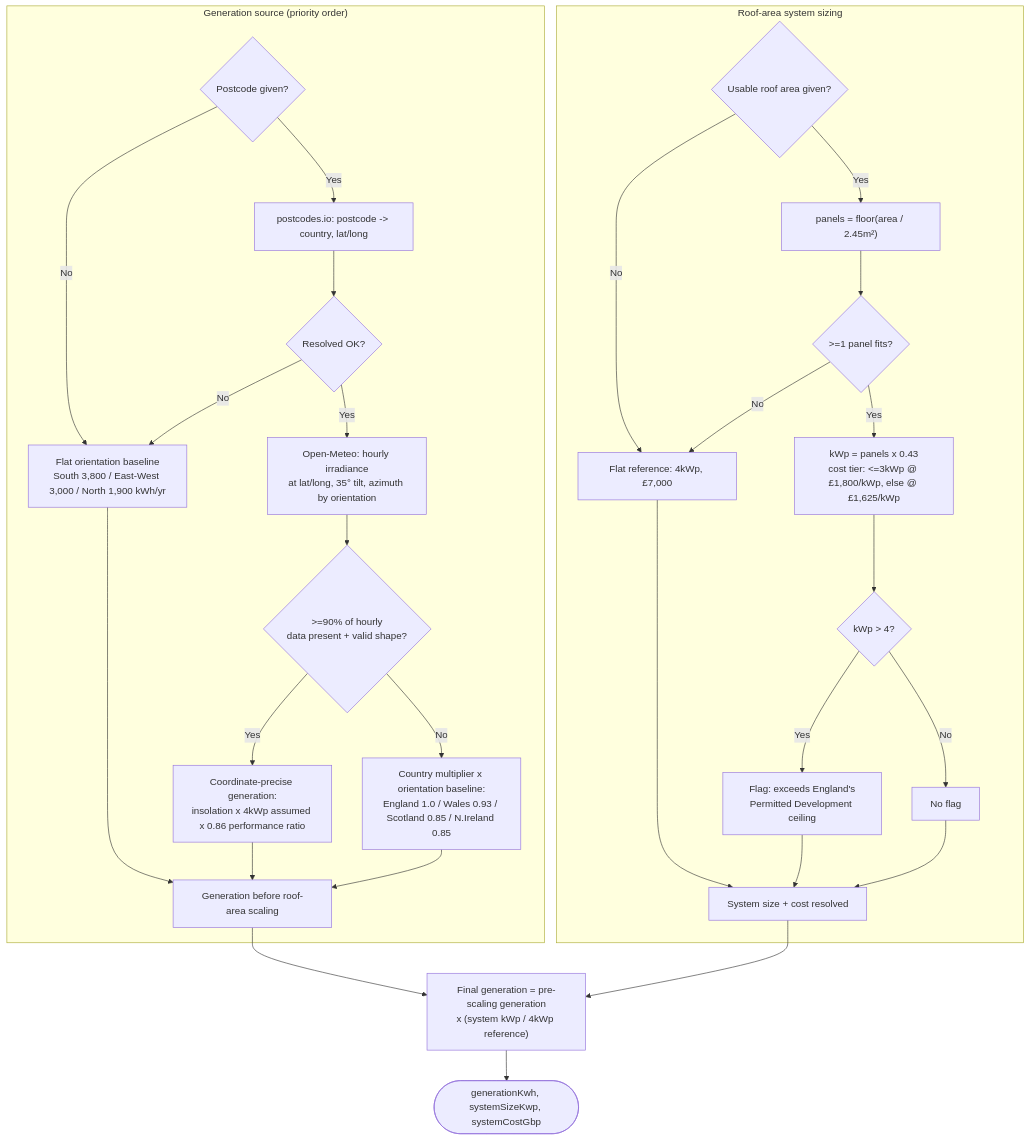
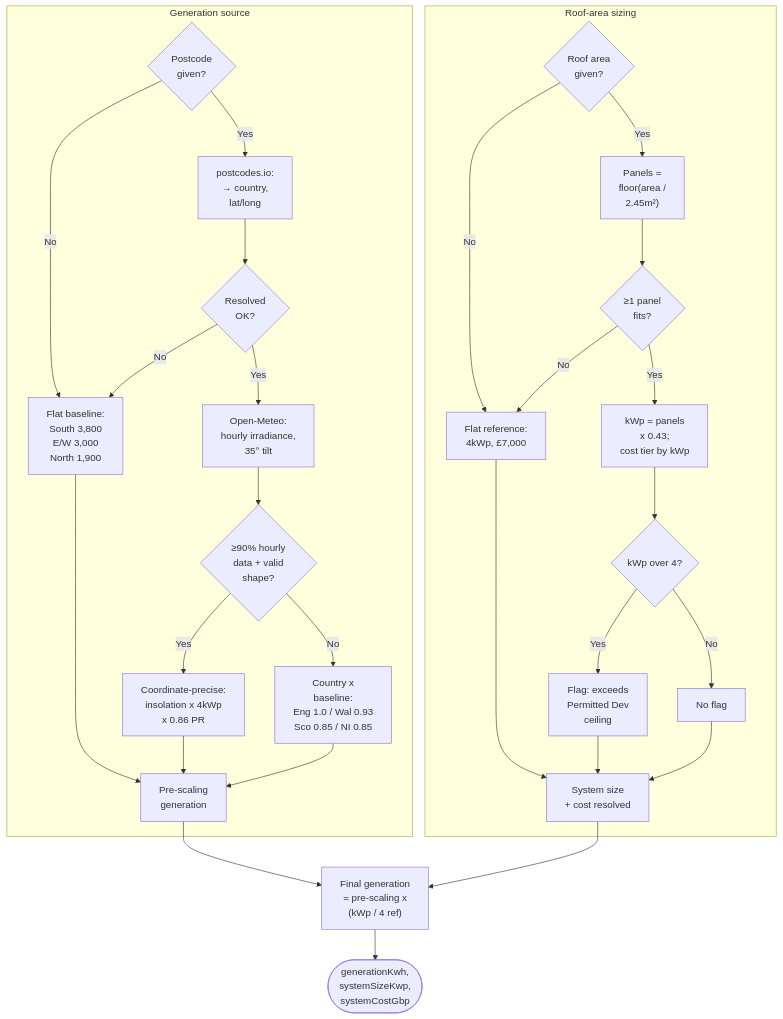
Before and after one commit to spallavi-stack/shubha-pm-portfolio: the fourth of 7 diagrams in projects/sunnysideup/docs/calculation-logic.md, drawn with Mermaid. The commit also changed other lines of this file, not shown here.

First line of the commit message:
Fix clipped mermaid diagram labels in calculation-logic.md

````diff
--- a/projects/sunnysideup/docs/calculation-logic.md
+++ b/projects/sunnysideup/docs/calculation-logic.md
@@ -135,34 +149,56 @@
 ```mermaid
 flowchart TD
-  subgraph GEN["Generation source (priority order)"]
-    G0{"Postcode given?"} -->|No| G1["Flat orientation baseline<br/>South 3,800 / East-West 3,000 / North 1,900 kWh/yr"]
-    G0 -->|Yes| G2["postcodes.io: postcode -> country, lat/long"]
-    G2 --> G3{"Resolved OK?"}
+  subgraph GEN["Generation source"]
+    G0{"Postcode<br/>given?"}
+    G1["Flat baseline:<br/>South 3,800<br/>E/W 3,000<br/>North 1,900"]
+    G2["postcodes.io:<br/>→ country,<br/>lat/long"]
+    G3{"Resolved<br/>OK?"}
+    G4["Open-Meteo:<br/>hourly irradiance,<br/>35° tilt"]
+    G5{"≥90% hourly<br/>data + valid<br/>shape?"}
+    G6["Coordinate-precise:<br/>insolation x 4kWp<br/>x 0.86 PR"]
+    G7["Country x<br/>baseline:<br/>Eng 1.0 / Wal 0.93<br/>Sco 0.85 / NI 0.85"]
+    G8["Pre-scaling<br/>generation"]
+
+    G0 -->|No| G1
+    G0 -->|Yes| G2
+    G2 --> G3
     G3 -->|No| G1
-    G3 -->|Yes| G4["Open-Meteo: hourly irradiance<br/>at lat/long, 35° tilt, azimuth by orientation"]
-    G4 --> G5{">=90% of hourly<br/>data present + valid shape?"}
-    G5 -->|Yes| G6["Coordinate-precise generation:<br/>insolation x 4kWp assumed x 0.86 performance ratio"]
-    G5 -->|No| G7["Country multiplier x orientation baseline:<br/>England 1.0 / Wales 0.93 / Scotland 0.85 / N.Ireland 0.85"]
-    G1 --> G8["Generation before roof-area scaling"]
+    G3 -->|Yes| G4
+    G4 --> G5
+    G5 -->|Yes| G6
+    G5 -->|No| G7
+    G1 --> G8
     G6 --> G8
     G7 --> G8
   end
 
-  subgraph ROOF["Roof-area system sizing"]
-    RA0{"Usable roof area given?"} -->|No| RA1["Flat reference: 4kWp, £7,000"]
-    RA0 -->|Yes| RA2["panels = floor(area / 2.45m²)"]
-    RA2 --> RA3{">=1 panel fits?"}
+  subgraph ROOF["Roof-area sizing"]
+    RA0{"Roof area<br/>given?"}
+    RA1["Flat reference:<br/>4kWp, £7,000"]
+    RA2["Panels =<br/>floor(area /<br/>2.45m²)"]
+    RA3{"≥1 panel<br/>fits?"}
+    RA4["kWp = panels<br/>x 0.43;<br/>cost tier by kWp"]
+    RA5{"kWp over 4?"}
+    RA6["Flag: exceeds<br/>Permitted Dev<br/>ceiling"]
+    RA7["No flag"]
+    RA8["System size<br/>+ cost resolved"]
+
+    RA0 -->|No| RA1
+    RA0 -->|Yes| RA2
+    RA2 --> RA3
     RA3 -->|No| RA1
-    RA3 -->|Yes| RA4["kWp = panels x 0.43<br/>cost tier: <=3kWp @ £1,800/kWp, else @ £1,625/kWp"]
-    RA4 --> RA5{"kWp > 4?"}
-    RA5 -->|Yes| RA6["Flag: exceeds England's<br/>Permitted Development ceiling"]
-    RA5 -->|No| RA7["No flag"]
-    RA1 --> RA8["System size + cost resolved"]
+    RA3 -->|Yes| RA4
+    RA4 --> RA5
+    RA5 -->|Yes| RA6
+    RA5 -->|No| RA7
+    RA1 --> RA8
     RA6 --> RA8
     RA7 --> RA8
   end
 
-  G8 --> SCALE["Final generation = pre-scaling generation<br/>x (system kWp / 4kWp reference)"]
+  SCALE["Final generation<br/>= pre-scaling x<br/>(kWp / 4 ref)"]
+  GenFinal(["generationKwh,<br/>systemSizeKwp,<br/>systemCostGbp"])
+  G8 --> SCALE
   RA8 --> SCALE
-  SCALE --> GenFinal(["generationKwh, systemSizeKwp, systemCostGbp"])
+  SCALE --> GenFinal
 ```
````
